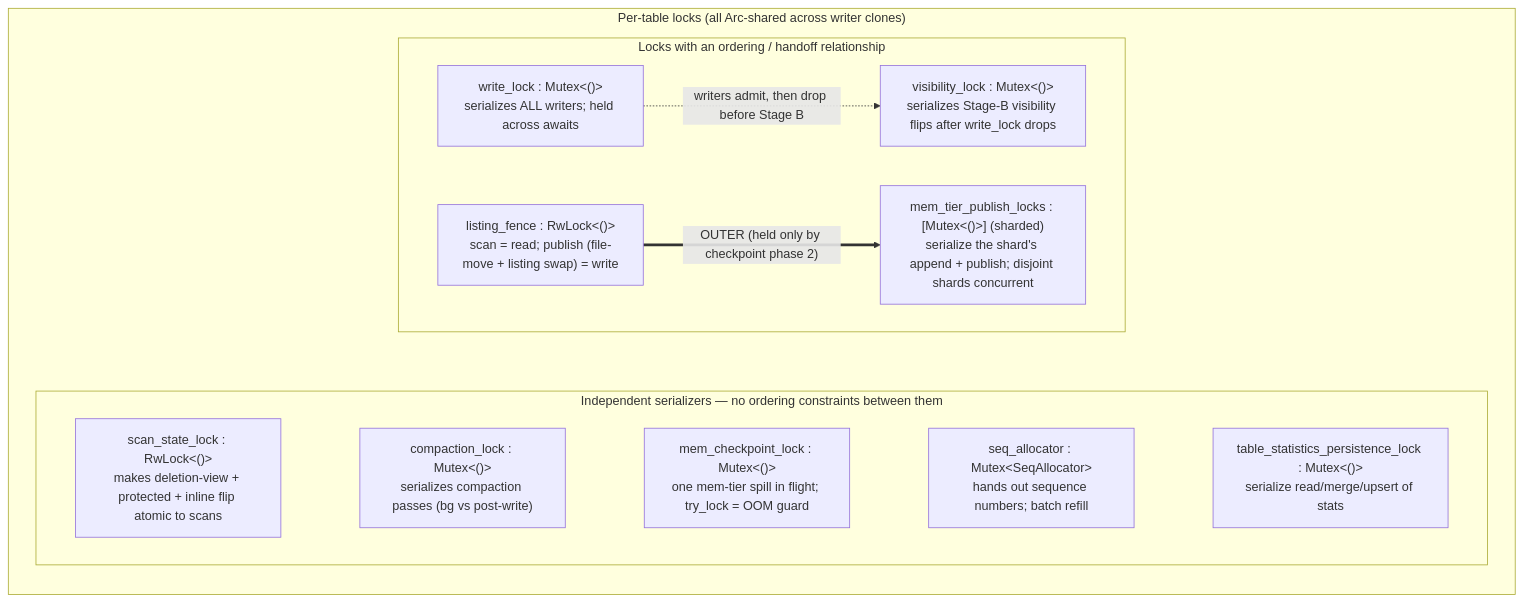
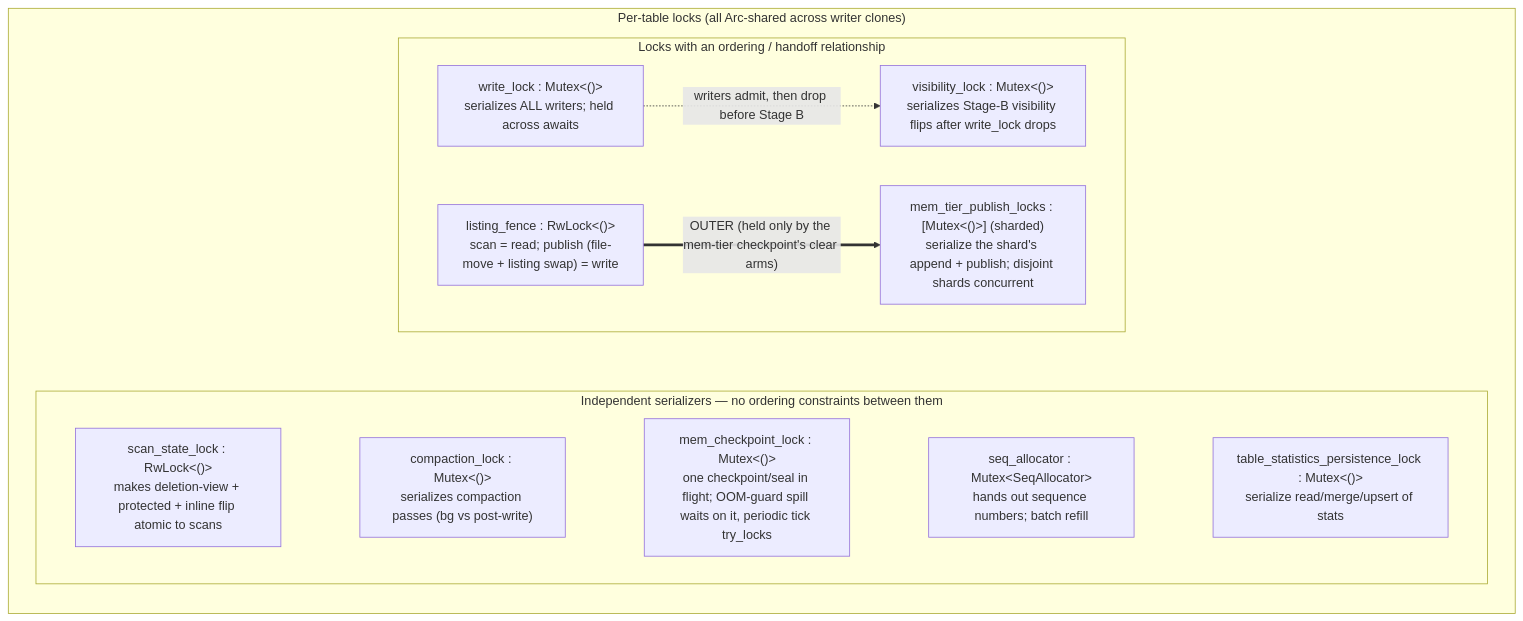
Before and after one commit to spiceai/spiceai: the seventh of 22 diagrams in docs/cayenne/cayenne.md, drawn with Mermaid. The commit also changed other lines of this file and 3 other files, not shown here.

````diff
--- a/docs/cayenne/cayenne.md
+++ b/docs/cayenne/cayenne.md
@@ -479,21 +483,21 @@
 ```mermaid
 flowchart TB
     subgraph PERTABLE["Per-table locks (all Arc-shared across writer clones)"]
         direction TB
         subgraph ORD["Locks with an ordering / handoff relationship"]
             direction LR
             WL["write_lock : Mutex&lt;()&gt;<br/>serializes ALL writers; held across awaits"] -.->|"writers admit, then drop before Stage B"| VL["visibility_lock : Mutex&lt;()&gt;<br/>serializes Stage-B visibility flips after write_lock drops"]
-            LF["listing_fence : RwLock&lt;()&gt;<br/>scan = read; publish (file-move + listing swap) = write"] ==>|"OUTER (held only by checkpoint phase 2)"| MPL["mem_tier_publish_locks : [Mutex&lt;()&gt;] (sharded)<br/>serialize the shard's append + publish; disjoint shards concurrent"]
+            LF["listing_fence : RwLock&lt;()&gt;<br/>scan = read; publish (file-move + listing swap) = write"] ==>|"OUTER (held only by the mem-tier checkpoint's clear arms)"| MPL["mem_tier_publish_locks : [Mutex&lt;()&gt;] (sharded)<br/>serialize the shard's append + publish; disjoint shards concurrent"]
         end
         subgraph IND["Independent serializers — no ordering constraints between them"]
             direction LR
             SS["scan_state_lock : RwLock&lt;()&gt;<br/>makes deletion-view + protected + inline flip atomic to scans"]
             CL["compaction_lock : Mutex&lt;()&gt;<br/>serializes compaction passes (bg vs post-write)"]
-            MCL["mem_checkpoint_lock : Mutex&lt;()&gt;<br/>one mem-tier spill in flight; try_lock = OOM guard"]
+            MCL["mem_checkpoint_lock : Mutex&lt;()&gt;<br/>one checkpoint/seal in flight; OOM-guard spill waits on it, periodic tick try_locks"]
             SEQ["seq_allocator : Mutex&lt;SeqAllocator&gt;<br/>hands out sequence numbers; batch refill"]
             TSP["table_statistics_persistence_lock : Mutex&lt;()&gt;<br/>serialize read/merge/upsert of stats"]
             SS ~~~ CL ~~~ MCL ~~~ SEQ ~~~ TSP
         end
     end
     ORD ~~~ IND
 ```
````
